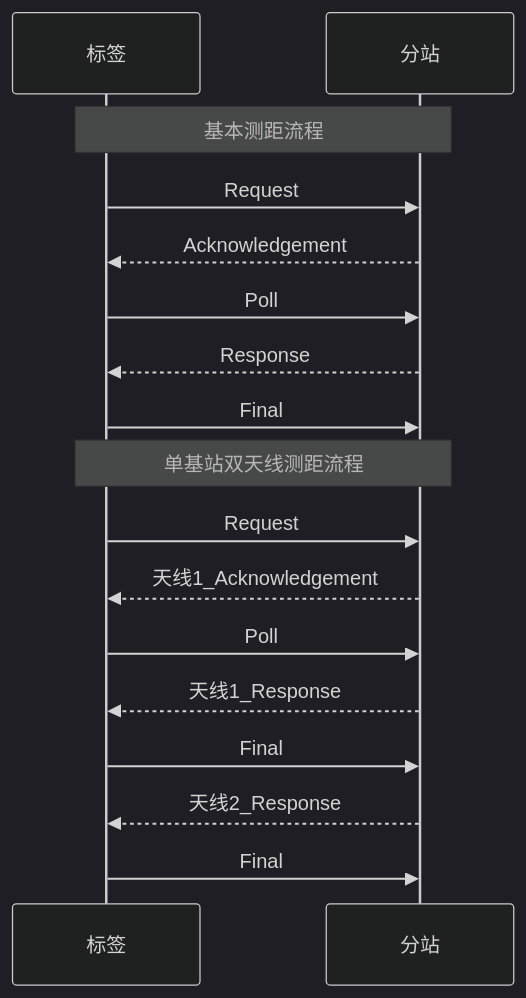
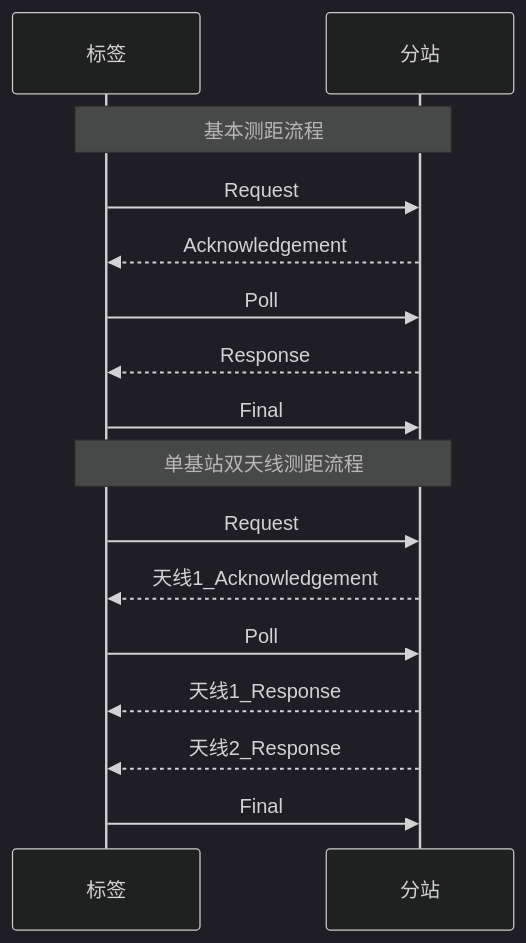
The diagram in all/未命名.md (geek-zhao/iodraw-files), drawn with Mermaid (dark theme) before and after one commit.

Commit message:
2024-08-17 14:10:03 update

````diff
--- a/all/未命名.md
+++ b/all/未命名.md
@@ -1,25 +1,24 @@
 ```mermaid
 sequenceDiagram
     participant tag as 标签
     participant anchor as 分站
 
     Note over tag,anchor: 基本测距流程
 
     tag->>anchor: Request
     anchor-->>tag: Acknowledgement
     tag->>anchor: Poll
     anchor-->>tag: Response
     tag->>anchor: Final       
 
     Note over tag,anchor: 单基站双天线测距流程
 
     tag->>anchor: Request
     anchor-->>tag: 天线1_Acknowledgement
     tag->>anchor: Poll
-    anchor-->>tag: 天线1_Response
-    tag->>anchor: Final   
+    anchor-->>tag: 天线1_Response 
     anchor-->>tag: 天线2_Response
     tag->>anchor: Final   
 
-    
+
 ```
````
